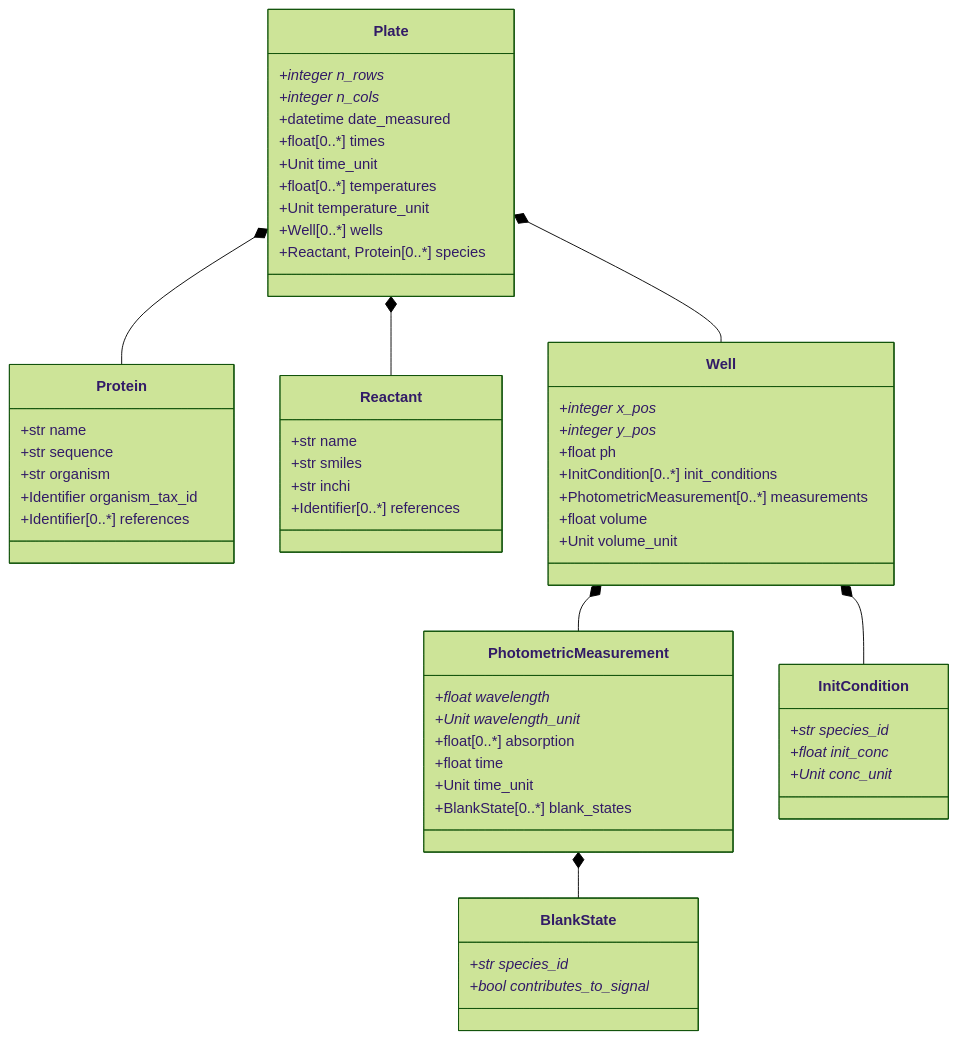
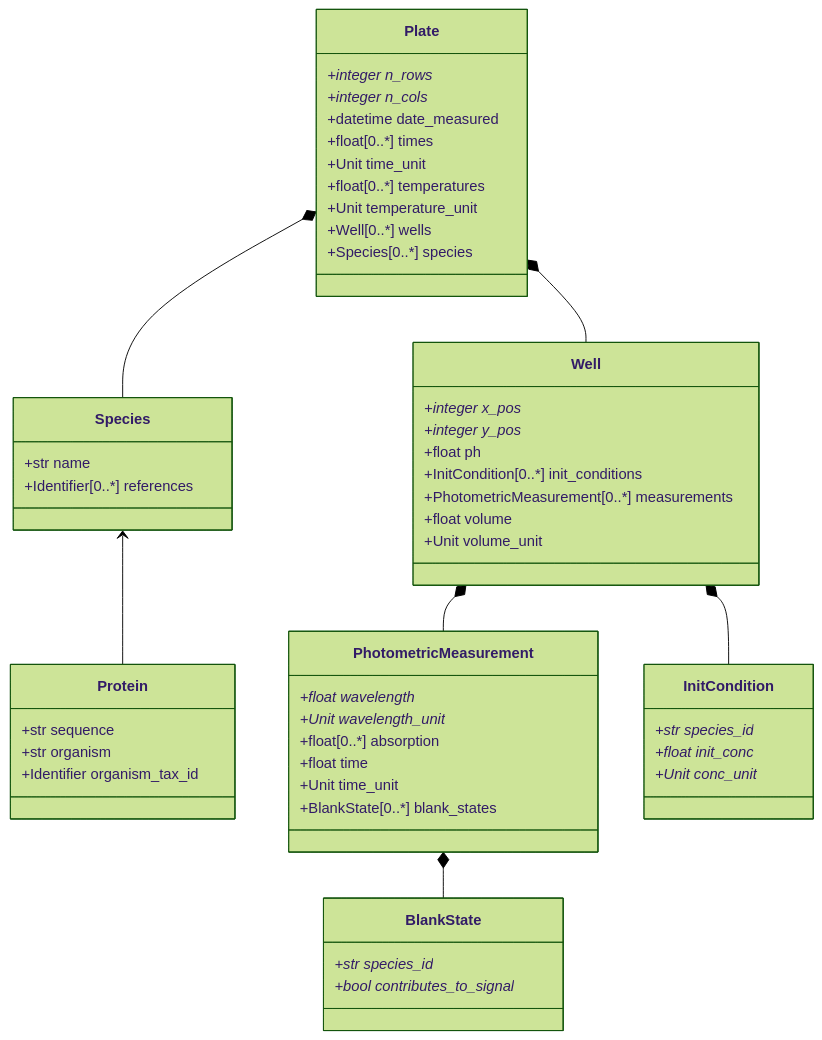
Before and after one commit to haeussma/MTPHandler: the diagram in MTPHandler/schemes/mtphandler_schema.md, drawn with Mermaid (forest theme). The commit also changed 8 other files, not shown here.

````diff
--- a/MTPHandler/schemes/mtphandler_schema.md
+++ b/MTPHandler/schemes/mtphandler_schema.md
@@ -1,67 +1,63 @@
 ```mermaid
 classDiagram
-    Plate *-- Protein
-    Plate *-- Reactant
+    Species <-- Protein
+    Plate *-- Species
     Plate *-- Well
     Well *-- PhotometricMeasurement
     Well *-- InitCondition
     PhotometricMeasurement *-- BlankState
     
     class Plate {
         +integer n_rows*
         +integer n_cols*
         +datetime date_measured
         +float[0..*] times
         +Unit time_unit
         +float[0..*] temperatures
         +Unit temperature_unit
         +Well[0..*] wells
-        +Reactant, Protein[0..*] species
+        +Species[0..*] species
+    }
+    
+    class Species {
+        +str name
+        +Identifier[0..*] references
     }
     
     class Protein {
-        +str name
         +str sequence
         +str organism
         +Identifier organism_tax_id
-        +Identifier[0..*] references
-    }
-    
-    class Reactant {
-        +str name
-        +str smiles
-        +str inchi
-        +Identifier[0..*] references
     }
     
     class Well {
         +integer x_pos*
         +integer y_pos*
         +float ph
         +InitCondition[0..*] init_conditions
         +PhotometricMeasurement[0..*] measurements
         +float volume
         +Unit volume_unit
     }
     
     class PhotometricMeasurement {
         +float wavelength*
         +Unit wavelength_unit*
         +float[0..*] absorption
         +float time
         +Unit time_unit
         +BlankState[0..*] blank_states
     }
     
     class InitCondition {
         +str species_id*
         +float init_conc*
         +Unit conc_unit*
     }
     
     class BlankState {
         +str species_id*
         +bool contributes_to_signal*
     }
     
 ```
````
